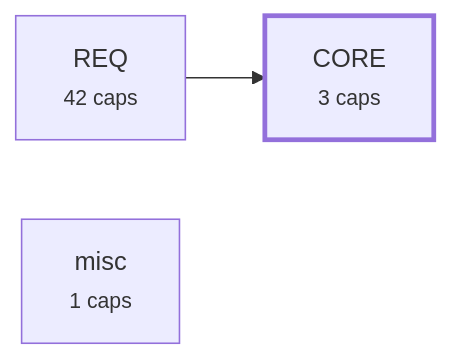
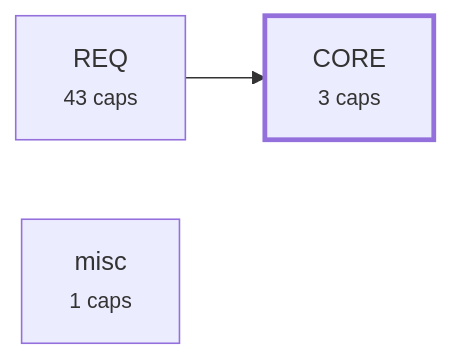
Before and after one commit to alxmax/Requirement-manager: the third of 4 diagrams in plugin/requirements/_map.md, drawn with Mermaid. The commit also changed other lines of this file and 16 other files, not shown here.

````diff
--- a/plugin/requirements/_map.md
+++ b/plugin/requirements/_map.md
@@ -355,8 +364,8 @@
 ```mermaid
 graph LR
   a_CORE["CORE<br><small>3 caps</small>"]
-  a_REQ["REQ<br><small>42 caps</small>"]
+  a_REQ["REQ<br><small>43 caps</small>"]
   a_misc["misc<br><small>1 caps</small>"]
   a_REQ --> a_CORE
   style a_CORE stroke-width:3px
 ```
````
